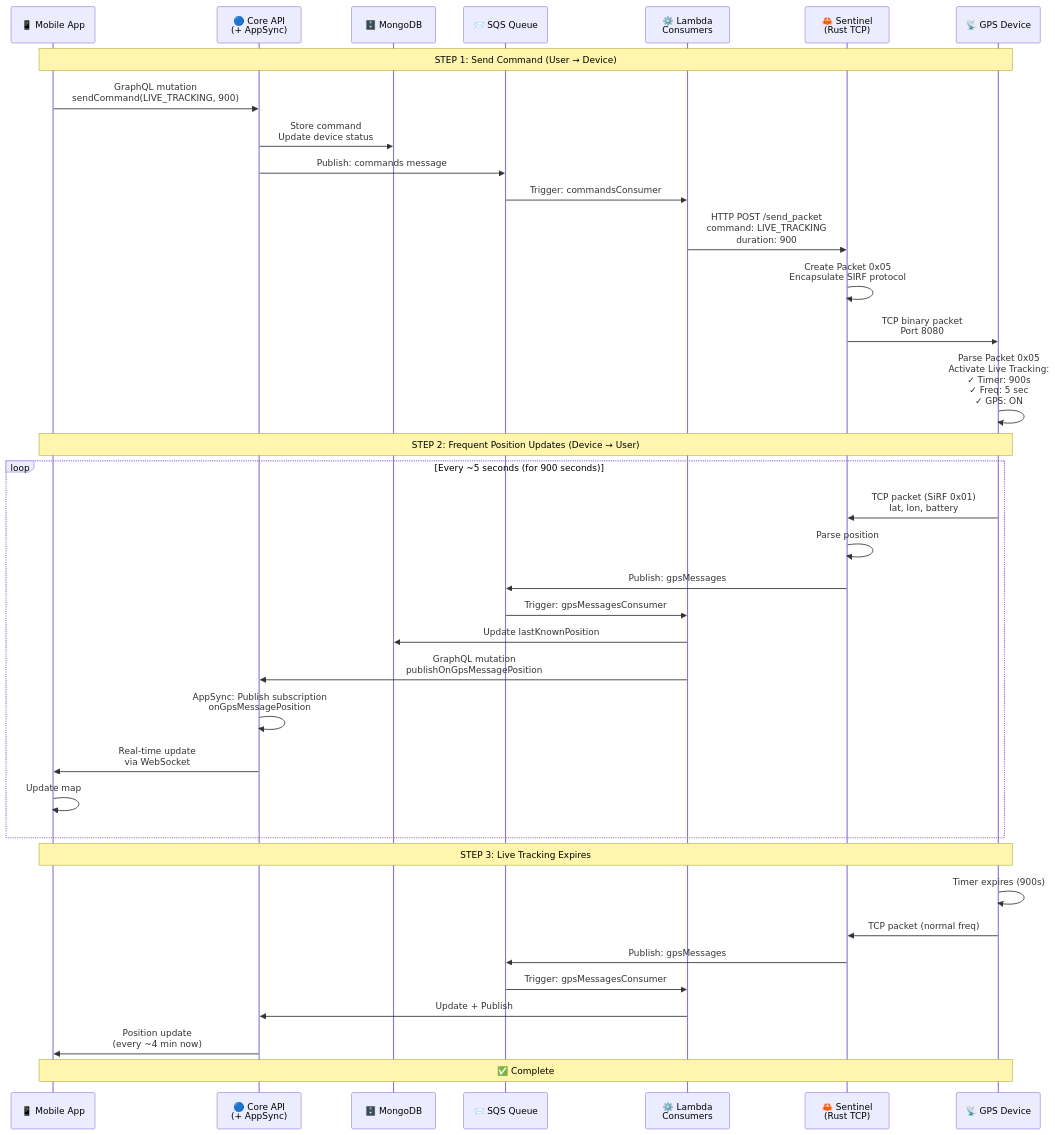
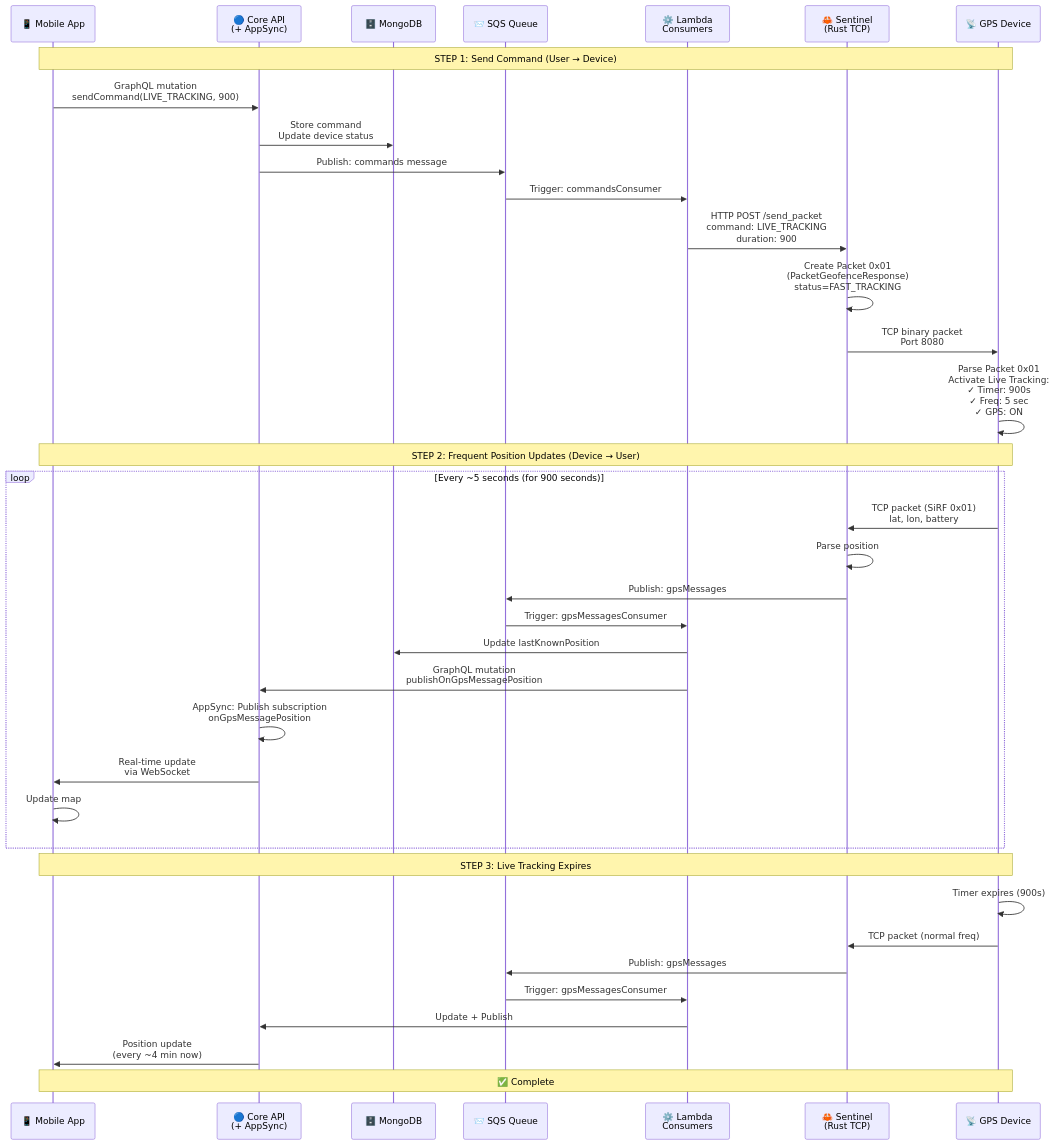
Before and after one commit to DatamarsSA/petlink-everywhere-test: the diagram in docs/modes/mode-live-tracking.md, drawn with Mermaid. The commit also changed other lines of this file and 6 other files, not shown here.

````diff
--- a/docs/modes/mode-live-tracking.md
+++ b/docs/modes/mode-live-tracking.md
@@ -355,46 +356,46 @@
 ```mermaid
 sequenceDiagram
     participant Mobile as 📱 Mobile App
     participant Core as 🔵 Core API<br/>(+ AppSync)
     participant MongoDB as 🗄️ MongoDB
     participant SQS as 📨 SQS Queue
     participant Lambda as ⚙️ Lambda<br/>Consumers
     participant Sentinel as 🦀 Sentinel<br/>(Rust TCP)
     participant Device as 📡 GPS Device
 
     Note over Mobile,Device: STEP 1: Send Command (User → Device)
 
     Mobile->>Core: GraphQL mutation<br/>sendCommand(LIVE_TRACKING, 900)
     Core->>MongoDB: Store command<br/>Update device status
     Core->>SQS: Publish: commands message
     SQS->>Lambda: Trigger: commandsConsumer
     Lambda->>Sentinel: HTTP POST /send_packet<br/>command: LIVE_TRACKING<br/>duration: 900
-    Sentinel->>Sentinel: Create Packet 0x05<br/>Encapsulate SIRF protocol
+    Sentinel->>Sentinel: Create Packet 0x01<br/>(PacketGeofenceResponse)<br/>status=FAST_TRACKING
     Sentinel->>Device: TCP binary packet<br/>Port 8080
-    Device->>Device: Parse Packet 0x05<br/>Activate Live Tracking:<br/>✓ Timer: 900s<br/>✓ Freq: 5 sec<br/>✓ GPS: ON
+    Device->>Device: Parse Packet 0x01<br/>Activate Live Tracking:<br/>✓ Timer: 900s<br/>✓ Freq: 5 sec<br/>✓ GPS: ON
 
     Note over Mobile,Device: STEP 2: Frequent Position Updates (Device → User)
 
     loop Every ~5 seconds (for 900 seconds)
         Device->>Sentinel: TCP packet (SiRF 0x01)<br/>lat, lon, battery
         Sentinel->>Sentinel: Parse position
         Sentinel->>SQS: Publish: gpsMessages
         SQS->>Lambda: Trigger: gpsMessagesConsumer
         Lambda->>MongoDB: Update lastKnownPosition
         Lambda->>Core: GraphQL mutation<br/>publishOnGpsMessagePosition
         Core->>Core: AppSync: Publish subscription<br/>onGpsMessagePosition
         Core->>Mobile: Real-time update<br/>via WebSocket
         Mobile->>Mobile: Update map
     end
 
     Note over Mobile,Device: STEP 3: Live Tracking Expires
 
     Device->>Device: Timer expires (900s)
     Device->>Sentinel: TCP packet (normal freq)
     Sentinel->>SQS: Publish: gpsMessages
     SQS->>Lambda: Trigger: gpsMessagesConsumer
     Lambda->>Core: Update + Publish
     Core->>Mobile: Position update<br/>(every ~4 min now)
 
     Note over Mobile,Device: ✅ Complete
 ```
````
